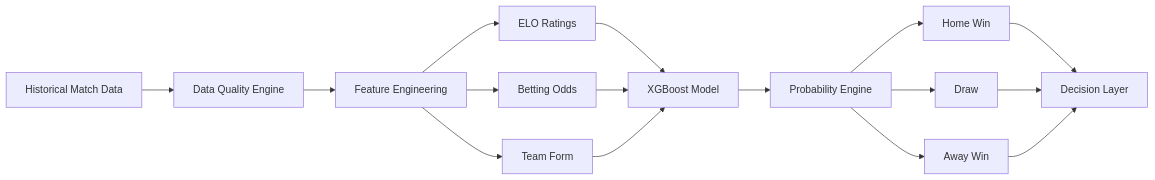
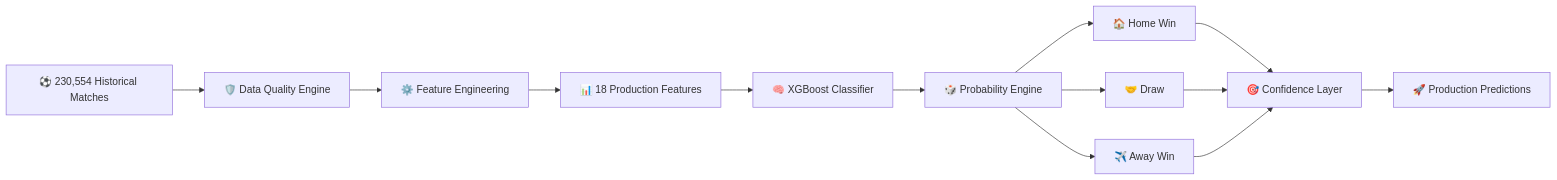
The first of 11 diagrams in Match_Prediction_Intelligence.md (sai-ganesh-4539/StatVault), drawn with Mermaid before and after one commit. The commit also changed other lines of this file, not shown here.

````diff
--- a/Match_Prediction_Intelligence.md
+++ b/Match_Prediction_Intelligence.md
@@ -51,29 +73,25 @@
 ```mermaid
 flowchart LR
 
-A[Historical Match Data]
+A["⚽ 230,554 Historical Matches"]
 
-A --> B[Data Quality Engine]
+A --> B["🛡️ Data Quality Engine"]
 
-B --> C[Feature Engineering]
+B --> C["⚙️ Feature Engineering"]
 
-C --> D[ELO Ratings]
+C --> D["📊 18 Production Features"]
 
-C --> E[Betting Odds]
+D --> E["🧠 XGBoost Classifier"]
 
-C --> F[Team Form]
+E --> F["🎲 Probability Engine"]
 
-D --> G[XGBoost Model]
-E --> G
-F --> G
+F --> G["🏠 Home Win"]
+F --> H["🤝 Draw"]
+F --> I["✈️ Away Win"]
 
-G --> H[Probability Engine]
+G --> J["🎯 Confidence Layer"]
+H --> J
+I --> J
 
-H --> I[Home Win]
-H --> J[Draw]
-H --> K[Away Win]
-
-I --> L[Decision Layer]
-J --> L
-K --> L
+J --> K["🚀 Production Predictions"]
 ```
````
